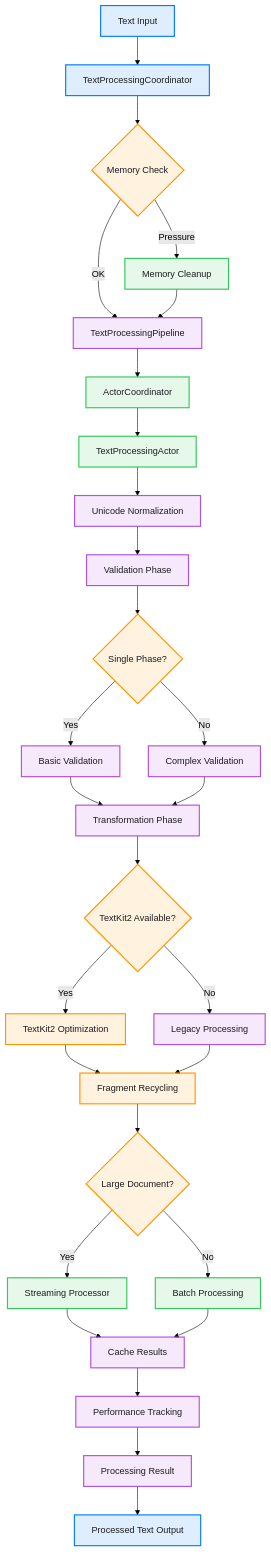
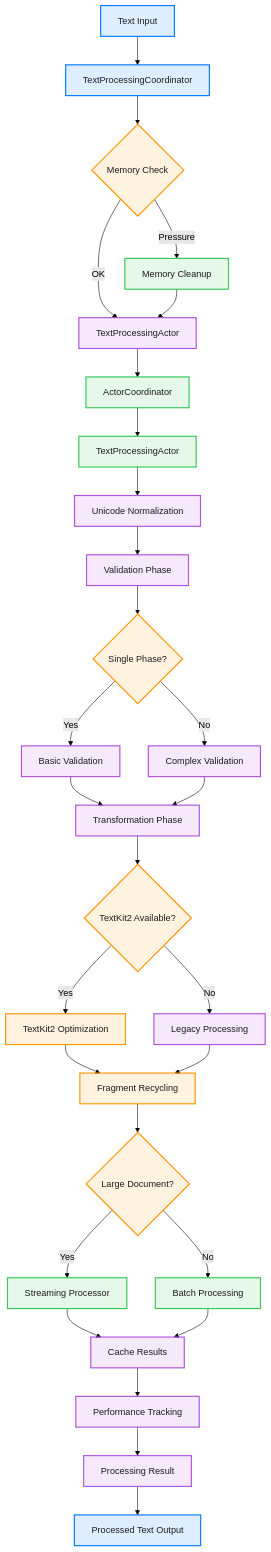
The second of 2 diagrams in docs/Diagrams/17-advanced-text-processing-pipeline.md (ajmcclary/CodeEditorKit), drawn with Mermaid (forest theme) before and after one commit. The commit also changed other lines of this file and 200 other files, not shown here.

````diff
--- a/docs/Diagrams/17-advanced-text-processing-pipeline.md
+++ b/docs/Diagrams/17-advanced-text-processing-pipeline.md
@@ -523,75 +523,75 @@
 ```mermaid
 flowchart TB
     INPUT[Text Input] --> COORD[TextProcessingCoordinator]
     
     COORD --> MEMORY{Memory Check}
-    MEMORY -->|OK| PIPELINE[TextProcessingPipeline]
+    MEMORY -->|OK| PIPELINE[TextProcessingActor]
     MEMORY -->|Pressure| CLEANUP[Memory Cleanup]
     CLEANUP --> PIPELINE
     
     PIPELINE --> ACTOR[ActorCoordinator]
     ACTOR --> TEXTACTOR[TextProcessingActor]
     
     TEXTACTOR --> UNICODE[Unicode Normalization]
     UNICODE --> VALIDATE[Validation Phase]
     
     VALIDATE --> SINGLE{Single Phase?}
     SINGLE -->|Yes| BASIC[Basic Validation]
     SINGLE -->|No| COMPLEX[Complex Validation]
     
     BASIC --> TRANSFORM[Transformation Phase]
     COMPLEX --> TRANSFORM
     
     TRANSFORM --> TEXTKIT2{TextKit2 Available?}
     TEXTKIT2 -->|Yes| TK2OPT[TextKit2 Optimization]
     TEXTKIT2 -->|No| LEGACY[Legacy Processing]
     
     TK2OPT --> FRAGMENT[Fragment Recycling]
     LEGACY --> FRAGMENT
     
     FRAGMENT --> STREAM{Large Document?}
     STREAM -->|Yes| STREAMING[Streaming Processor]
     STREAM -->|No| BATCH[Batch Processing]
     
     STREAMING --> CACHE[Cache Results]
     BATCH --> CACHE
     
     CACHE --> PERF[Performance Tracking]
     PERF --> RESULT[Processing Result]
     RESULT --> OUTPUT[Processed Text Output]
 
     %% Styling
     classDef input fill:#007AFF20,stroke:#007AFF,stroke-width:2px,color:#1D1D1F
     classDef coordinator fill:#007AFF20,stroke:#007AFF,stroke-width:2px,color:#1D1D1F
     classDef actor fill:#34C75920,stroke:#34C759,stroke-width:2px,color:#1D1D1F
     classDef decision fill:#FF950020,stroke:#FF9500,stroke-width:2px,color:#1D1D1F
     classDef process fill:#AF52DE20,stroke:#AF52DE,stroke-width:2px,color:#1D1D1F
     classDef textkit2 fill:#FF950020,stroke:#FF9500,stroke-width:2px,color:#1D1D1F
     classDef memory fill:#34C75920,stroke:#34C759,stroke-width:2px,color:#1D1D1F
     classDef output fill:#007AFF20,stroke:#007AFF,stroke-width:2px,color:#1D1D1F
     
     class INPUT input
     class OUTPUT output
     class COORD coordinator
     class ACTOR actor
     class TEXTACTOR actor
     class MEMORY decision
     class SINGLE decision
     class TEXTKIT2 decision
     class STREAM decision
     class PIPELINE process
     class UNICODE process
     class VALIDATE process
     class BASIC process
     class COMPLEX process
     class TRANSFORM process
     class CACHE process
     class PERF process
     class RESULT process
     class TK2OPT textkit2
     class FRAGMENT textkit2
     class CLEANUP memory
     class STREAMING memory
     class BATCH memory
     class LEGACY process
 ```
````
